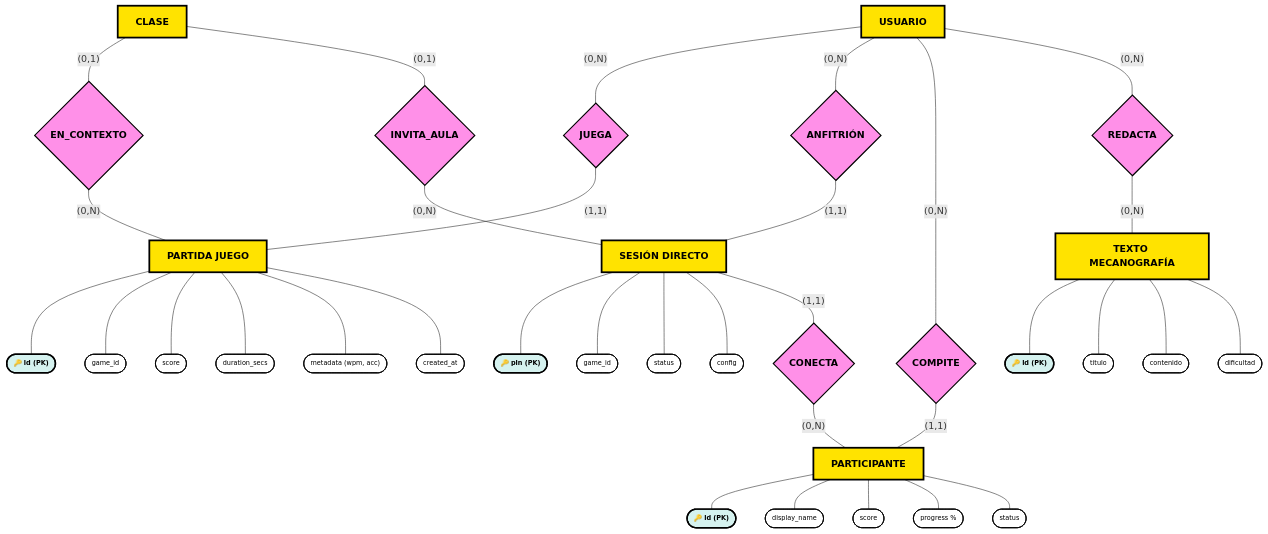
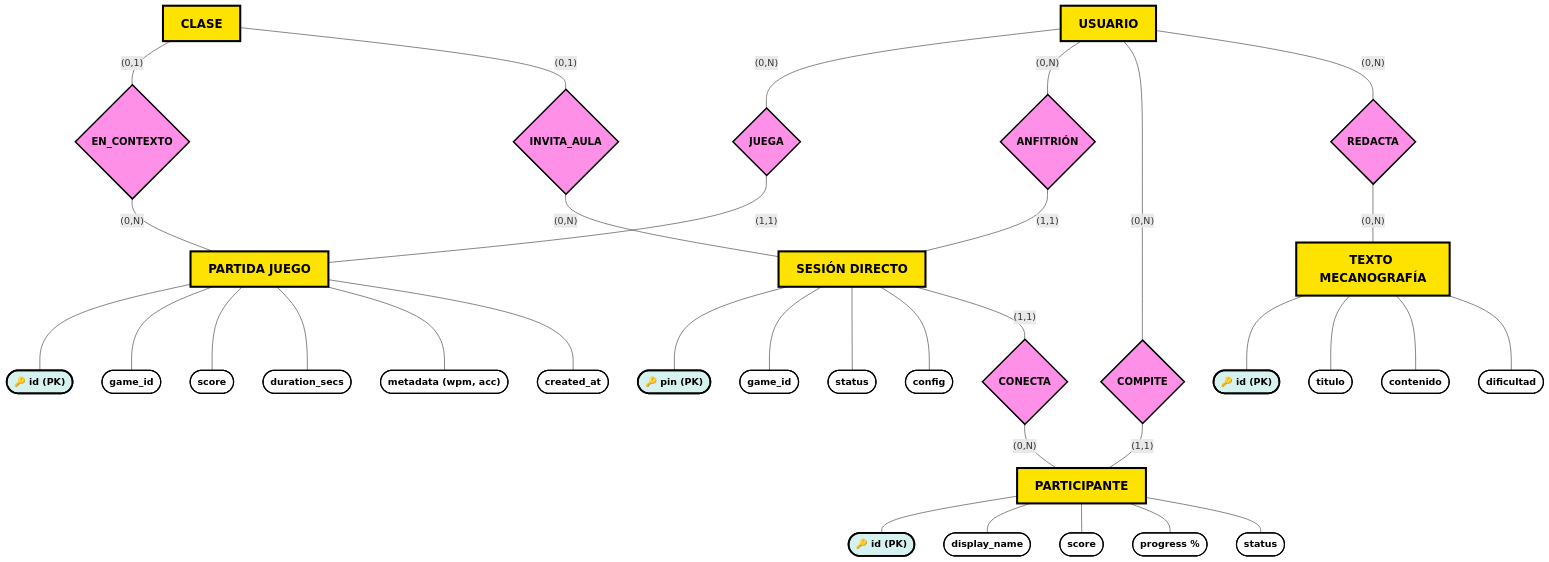
One commit to iesamachado/stackclass changed the fifth of 5 diagrams in docs/database_er.md. Above: the diagram before and after it, drawn with Mermaid. The commit also changed other lines of this file and 1 other file, not shown here.

````diff
--- a/docs/database_er.md
+++ b/docs/database_er.md
@@ -531,9 +531,9 @@
 ```mermaid
 flowchart TD
-    classDef entity fill:#FFE300,stroke:#000000,stroke-width:3px,font-weight:800,color:#000000;
-    classDef relation fill:#FF90E8,stroke:#000000,stroke-width:2px,font-weight:800,color:#000000;
-    classDef attr fill:#FFFFFF,stroke:#000000,stroke-width:1.5px,color:#000000,font-size:11px;
-    classDef pk fill:#D5F2EF,stroke:#000000,stroke-width:2.5px,font-weight:800,color:#000000,font-size:11px;
+    classDef entity fill:#FFE300,stroke:#000000,stroke-width:3.5px,font-weight:900,color:#000000,font-size:20px;
+    classDef relation fill:#FF90E8,stroke:#000000,stroke-width:2.5px,font-weight:800,color:#000000,font-size:17px;
+    classDef attr fill:#FFFFFF,stroke:#000000,stroke-width:2px,color:#000000,font-size:16px,font-weight:600;
+    classDef pk fill:#D5F2EF,stroke:#000000,stroke-width:3px,font-weight:900,color:#000000,font-size:16px;
 
     E_USER["USUARIO"]:::entity
     E_CLASS["CLASE"]:::entity
````
